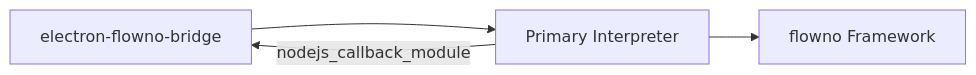
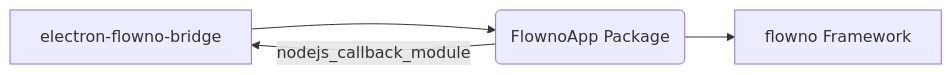
Before and after one commit to computemachines/flower-assistant: the diagram in src/infra/python/primary-interp/README.md, drawn with Mermaid. The commit also changed other lines of this file and 14 other files, not shown here.

First line of the commit message:
feat: Refactor README.md for clarity and structure; enhance documentation on FlownoApp architecture and data flow

````diff
--- a/src/infra/python/primary-interp/README.md
+++ b/src/infra/python/primary-interp/README.md
@@ -11,6 +11,6 @@
 ```mermaid
 graph LR
-    A[electron-flowno-bridge] --> B[Primary Interpreter]
-    B --> C[flowno Framework]
-    B -- nodejs_callback_module --> A
+    A[electron-flowno-bridge] --> B(FlownoApp Package);
+    B --> C[flowno Framework];
+    B -- nodejs_callback_module --> A;
 ```
````
